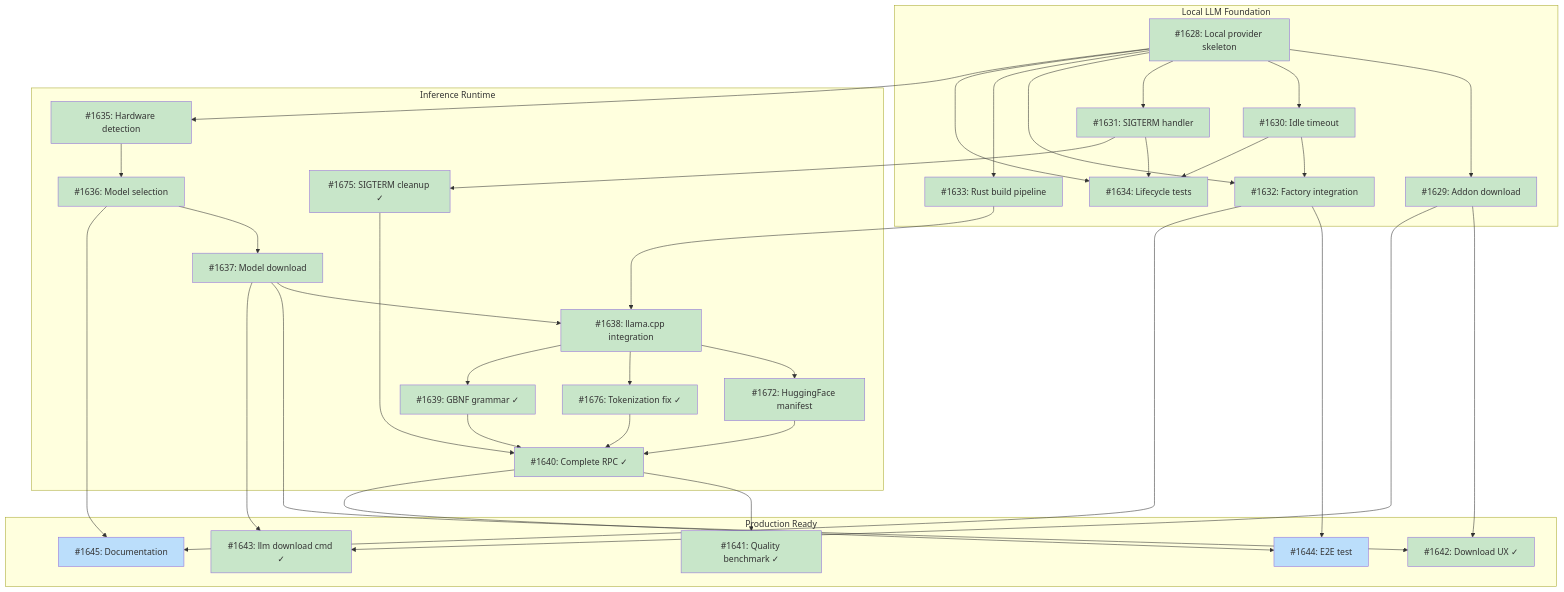
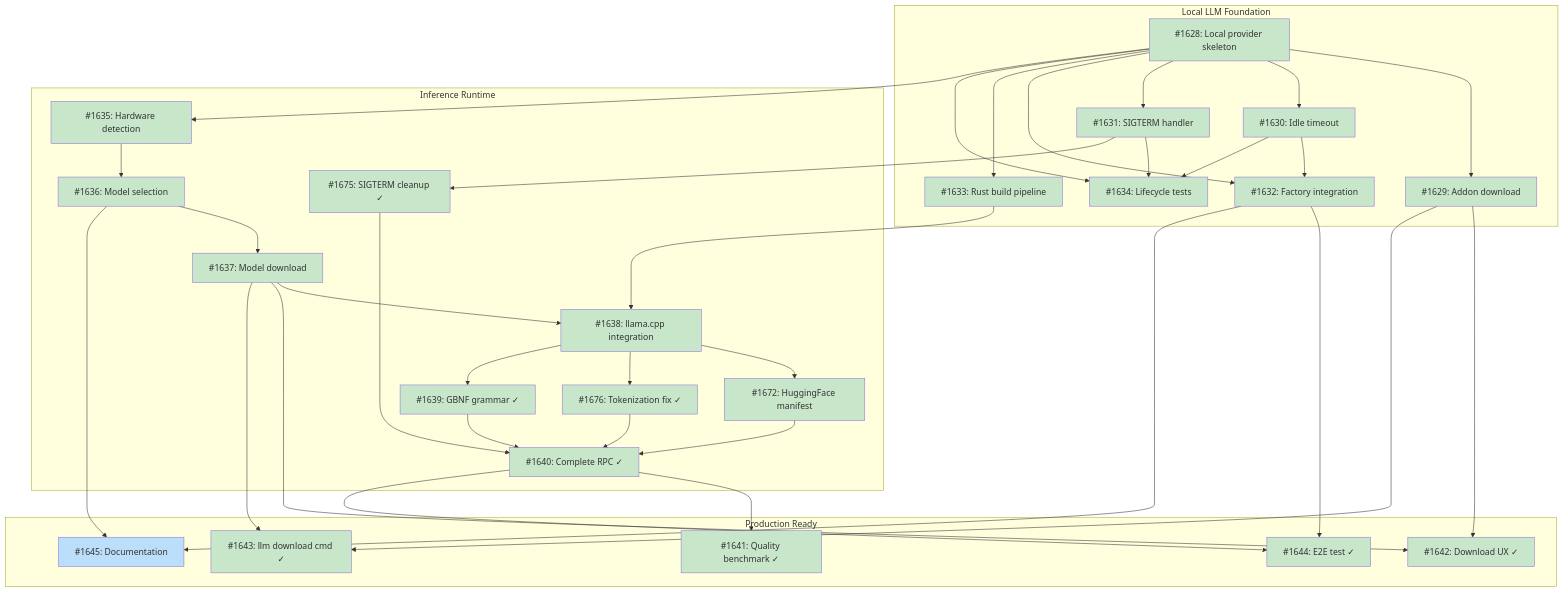
The diagram in docs/designs/DESIGN-local-llm-runtime.md (tsukumogami/tsuku), drawn with Mermaid before and after one commit. The commit also changed other lines of this file, not shown here.

Commit message:
docs(design): mark #1644 as done in local-llm-runtime design

````diff
--- a/docs/designs/DESIGN-local-llm-runtime.md
+++ b/docs/designs/DESIGN-local-llm-runtime.md
@@ -80,72 +80,72 @@
 ```mermaid
 graph TD
     subgraph M1["Local LLM Foundation"]
         I1628["#1628: Local provider skeleton"]
         I1629["#1629: Addon download"]
         I1630["#1630: Idle timeout"]
         I1631["#1631: SIGTERM handler"]
         I1632["#1632: Factory integration"]
         I1633["#1633: Rust build pipeline"]
         I1634["#1634: Lifecycle tests"]
     end
 
     subgraph M2["Inference Runtime"]
         I1635["#1635: Hardware detection"]
         I1636["#1636: Model selection"]
         I1637["#1637: Model download"]
         I1638["#1638: llama.cpp integration"]
         I1672["#1672: HuggingFace manifest"]
         I1675["#1675: SIGTERM cleanup ✓"]
         I1676["#1676: Tokenization fix ✓"]
         I1639["#1639: GBNF grammar ✓"]
         I1640["#1640: Complete RPC ✓"]
     end
 
     subgraph M3["Production Ready"]
         I1641["#1641: Quality benchmark ✓"]
         I1642["#1642: Download UX ✓"]
         I1643["#1643: llm download cmd ✓"]
-        I1644["#1644: E2E test"]
+        I1644["#1644: E2E test ✓"]
         I1645["#1645: Documentation"]
     end
 
     I1628 --> I1629
     I1628 --> I1630
     I1628 --> I1631
     I1628 --> I1632
     I1630 --> I1632
     I1628 --> I1633
     I1628 --> I1634
     I1630 --> I1634
     I1631 --> I1634
     I1628 --> I1635
     I1635 --> I1636
     I1636 --> I1637
     I1633 --> I1638
     I1637 --> I1638
     I1638 --> I1672
     I1631 --> I1675
     I1638 --> I1676
     I1638 --> I1639
     I1672 --> I1640
     I1675 --> I1640
     I1676 --> I1640
     I1639 --> I1640
     I1640 --> I1641
     I1629 --> I1642
     I1637 --> I1642
     I1629 --> I1643
     I1637 --> I1643
     I1640 --> I1644
     I1632 --> I1644
     I1632 --> I1645
     I1636 --> I1645
 
     classDef done fill:#c8e6c9
     classDef ready fill:#bbdefb
     classDef blocked fill:#fff9c4
     classDef needsDesign fill:#e1bee7
 
-    class I1628,I1629,I1630,I1631,I1632,I1633,I1634,I1635,I1636,I1637,I1638,I1672,I1675,I1676,I1639,I1640,I1641,I1642,I1643 done
-    class I1644,I1645 ready
+    class I1628,I1629,I1630,I1631,I1632,I1633,I1634,I1635,I1636,I1637,I1638,I1672,I1675,I1676,I1639,I1640,I1641,I1642,I1643,I1644 done
+    class I1645 ready
 ```
````
